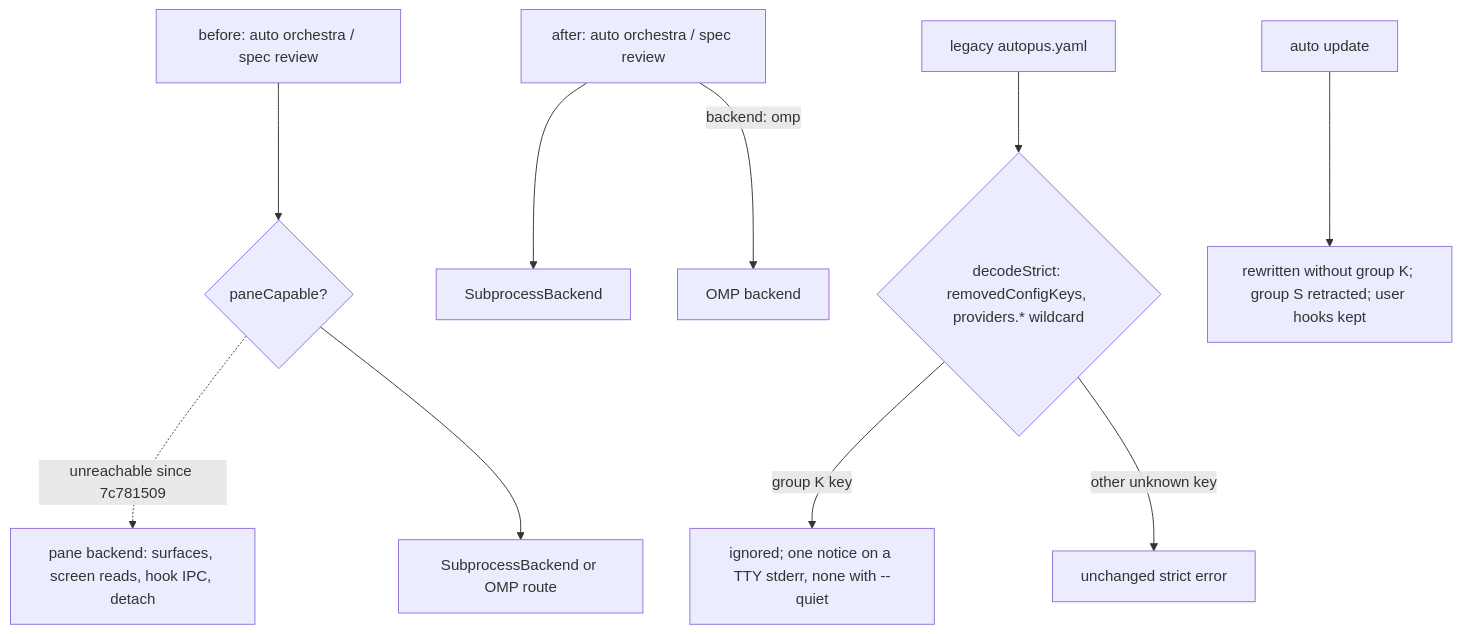
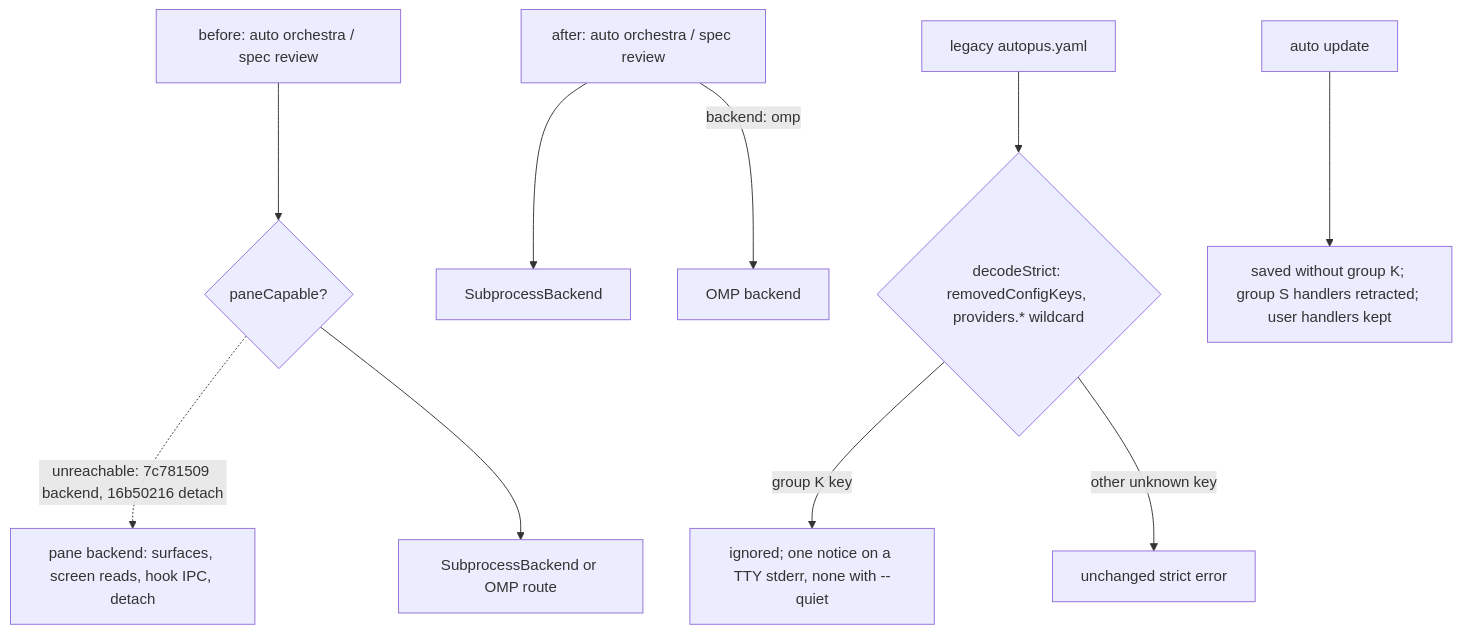
The diagram in .autopus/specs/SPEC-PANERM-001/research.md (autopus-ai/autopus-adk), drawn with Mermaid before and after one commit. The commit also changed other lines of this file and 15 other files, not shown here.

````diff
--- a/.autopus/specs/SPEC-PANERM-001/research.md
+++ b/.autopus/specs/SPEC-PANERM-001/research.md
@@ -43,12 +39,12 @@
 ```mermaid
 flowchart TD
   A1[before: auto orchestra / spec review] --> B1{paneCapable?}
-  B1 -. unreachable since 7c781509 .-> P1[pane backend: surfaces, screen reads, hook IPC, detach]
+  B1 -. unreachable: 7c781509 backend, 16b50216 detach .-> P1[pane backend: surfaces, screen reads, hook IPC, detach]
   B1 --> S1[SubprocessBackend or OMP route]
   A2[after: auto orchestra / spec review] --> S2[SubprocessBackend]
   A2 -- backend: omp --> O2[OMP backend]
   L[legacy autopus.yaml] --> D{decodeStrict: removedConfigKeys, providers.* wildcard}
   D -- group K key --> W[ignored; one notice on a TTY stderr, none with --quiet]
   D -- other unknown key --> E[unchanged strict error]
-  U[auto update] --> R[rewritten without group K; group S retracted; user hooks kept]
+  U[auto update] --> R[saved without group K; group S handlers retracted; user handlers kept]
 ```
````
